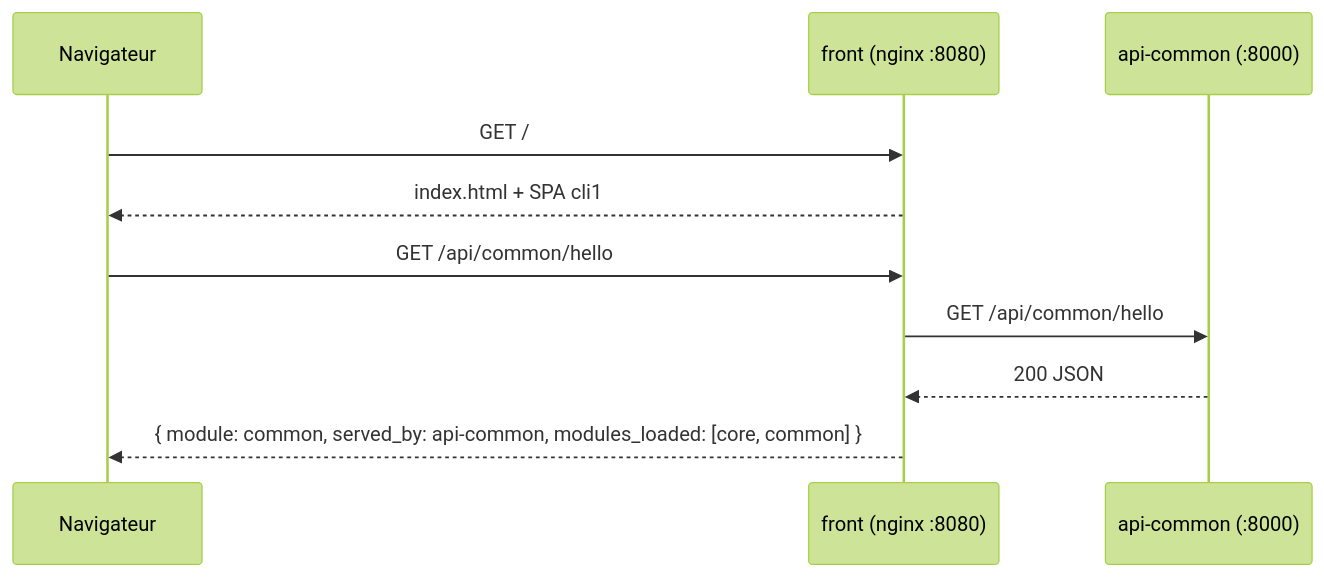
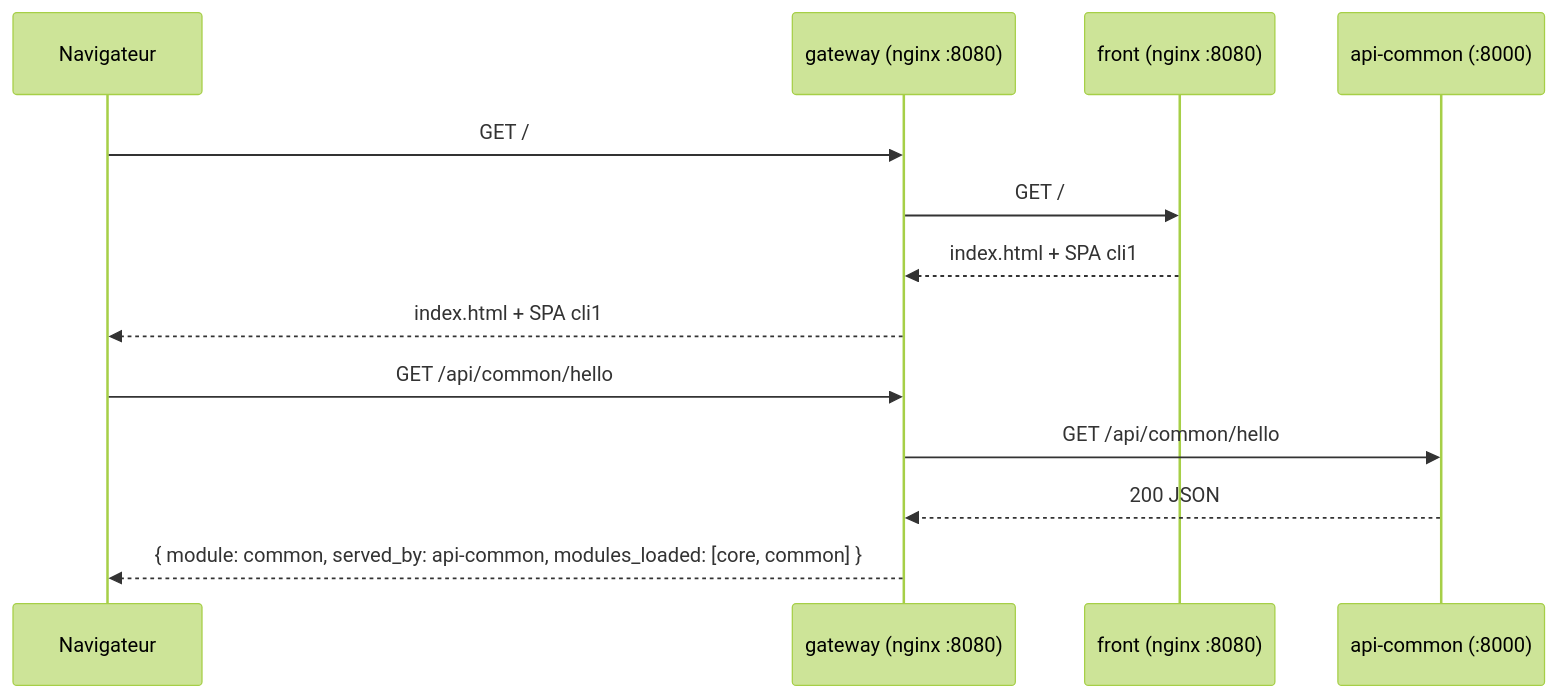
Before and after one commit to cvagner/poc-1-socle-n-produits: the sixth of 6 diagrams in README.md, drawn with Mermaid (forest theme). The commit also changed other lines of this file and 4 other files, not shown here.

````diff
--- a/README.md
+++ b/README.md
@@ -305,13 +312,16 @@
 ```mermaid
 sequenceDiagram
     participant navigateur as Navigateur
+    participant gateway as gateway (nginx :8080)
     participant front as front (nginx :8080)
     participant api_common as api-common (:8000)
 
-    navigateur->>front: GET /
-    front-->>navigateur: index.html + SPA cli1
-    navigateur->>front: GET /api/common/hello
-    front->>api_common: GET /api/common/hello
-    api_common-->>front: 200 JSON
-    front-->>navigateur: { module: common, served_by: api-common, modules_loaded: [core, common] }
+    navigateur->>gateway: GET /
+    gateway->>front: GET /
+    front-->>gateway: index.html + SPA cli1
+    gateway-->>navigateur: index.html + SPA cli1
+    navigateur->>gateway: GET /api/common/hello
+    gateway->>api_common: GET /api/common/hello
+    api_common-->>gateway: 200 JSON
+    gateway-->>navigateur: { module: common, served_by: api-common, modules_loaded: [core, common] }
 ```
````
